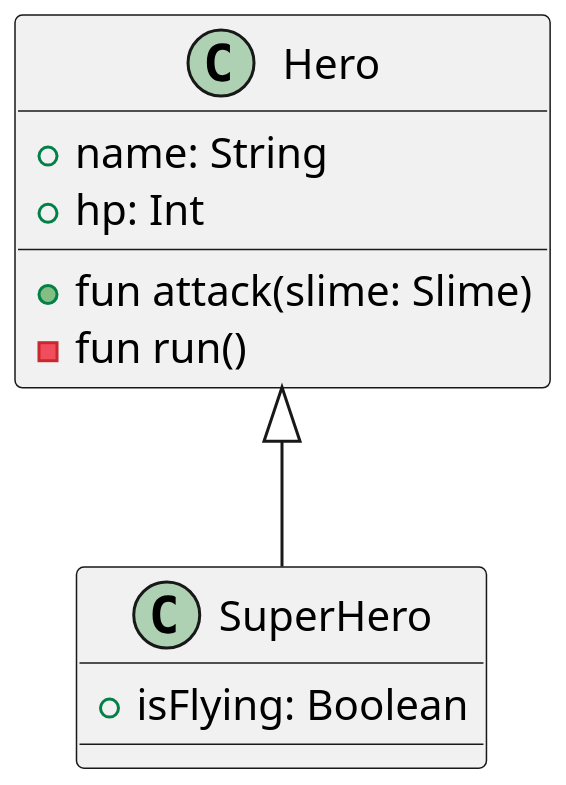
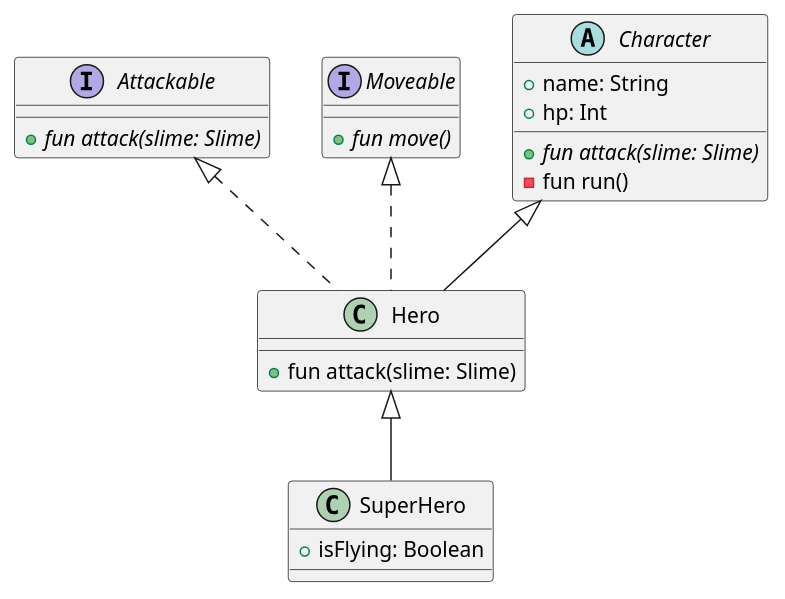
One commit to SurvivalCodingCampus/gangnam2_kotlin_study changed the diagram in src/main/kotlin/com/survival/kotlinstudy/Game.puml. Above: the diagram before and after it, drawn with PlantUML. The commit also changed 1 other file, not shown here.

```diff
--- a/src/main/kotlin/com/survival/kotlinstudy/Game.puml
+++ b/src/main/kotlin/com/survival/kotlinstudy/Game.puml
@@ -1,16 +1,29 @@
 @startuml
-scale 2
+scale 1
 
-class Hero {
+interface Attackable {
+    + {abstract} fun attack(slime: Slime)
+
+}
+
+interface Moveable {
+    + {abstract} fun move()
+
+}
+
+abstract class Character {
     + name: String
     + hp: Int
 
+    + {abstract} fun attack(slime: Slime)
+    - fun run()
+}
+class Hero extends Character implements Attackable, Moveable{
     + fun attack(slime: Slime)
-    - fun run()
 
 }
 
 class SuperHero extends Hero {
     + isFlying: Boolean
 }
 @enduml
```
